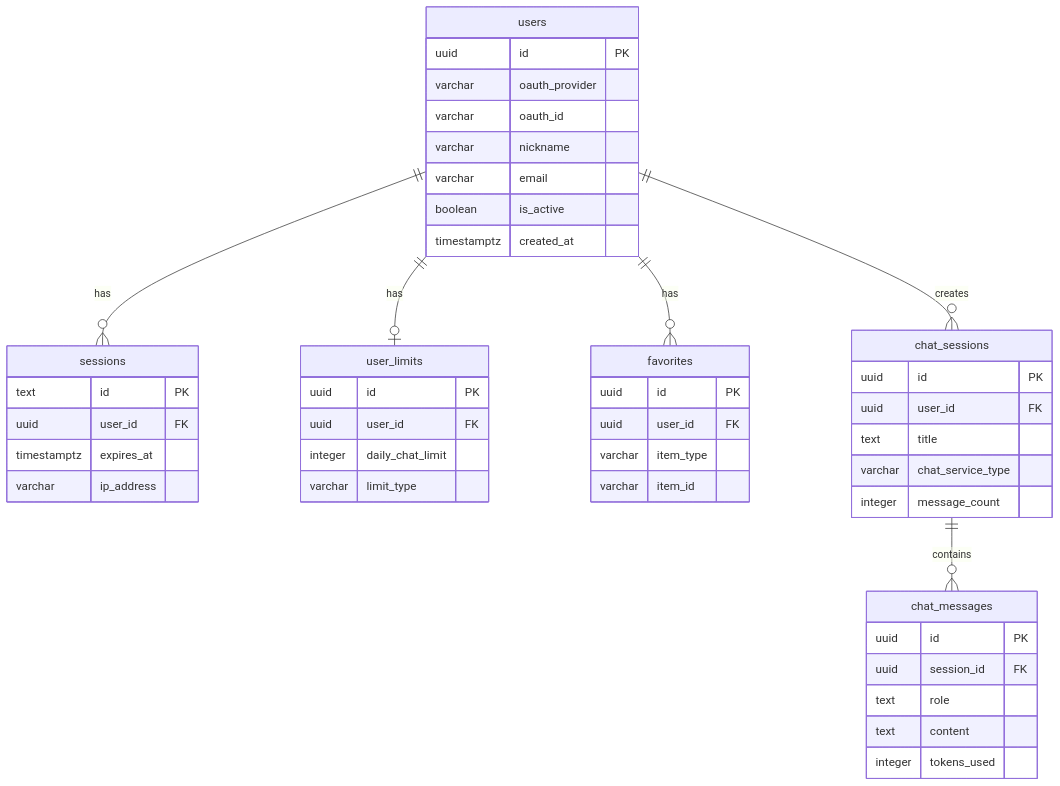
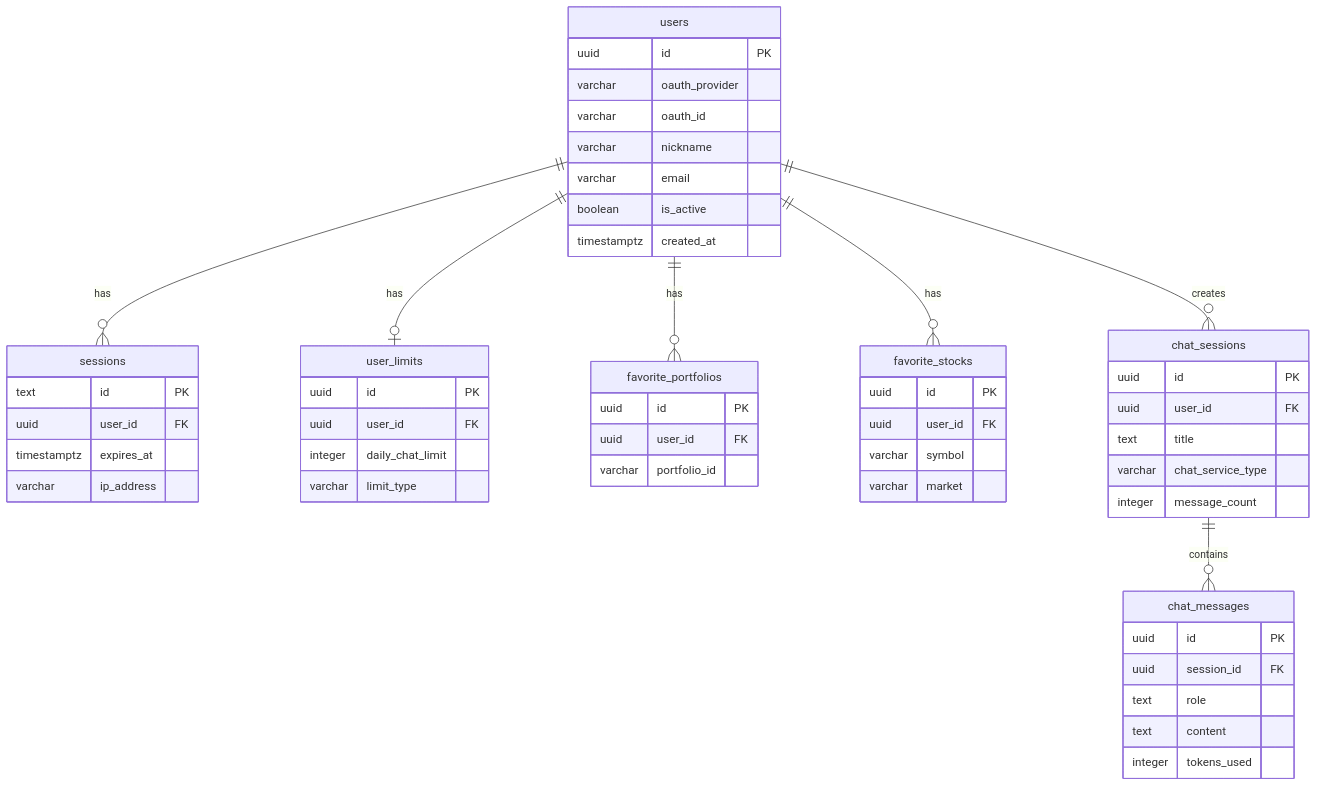
One commit to vinjung/alphafolio_overview changed diagram 11 of 14 in README.md. Above: the diagram before and after it, drawn with Mermaid. The commit also changed other lines of this file, not shown here.

````diff
--- a/README.md
+++ b/README.md
@@ -199,55 +604,62 @@
 ```mermaid
 erDiagram
     users ||--o{ sessions : has
     users ||--o| user_limits : has
-    users ||--o{ favorites : has
+    users ||--o{ favorite_portfolios : has
+    users ||--o{ favorite_stocks : has
     users ||--o{ chat_sessions : creates
     chat_sessions ||--o{ chat_messages : contains
 
     users {
         uuid id PK
         varchar oauth_provider
         varchar oauth_id
         varchar nickname
         varchar email
         boolean is_active
         timestamptz created_at
     }
 
     sessions {
         text id PK
         uuid user_id FK
         timestamptz expires_at
         varchar ip_address
     }
 
     user_limits {
         uuid id PK
         uuid user_id FK
         integer daily_chat_limit
         varchar limit_type
     }
 
-    favorites {
+    favorite_portfolios {
         uuid id PK
         uuid user_id FK
-        varchar item_type
-        varchar item_id
+        varchar portfolio_id
+    }
+
+    favorite_stocks {
+        uuid id PK
+        uuid user_id FK
+        varchar symbol
+        varchar market
     }
 
     chat_sessions {
         uuid id PK
         uuid user_id FK
         text title
         varchar chat_service_type
         integer message_count
     }
 
     chat_messages {
         uuid id PK
         uuid session_id FK
         text role
         text content
         integer tokens_used
     }
 ```
````
